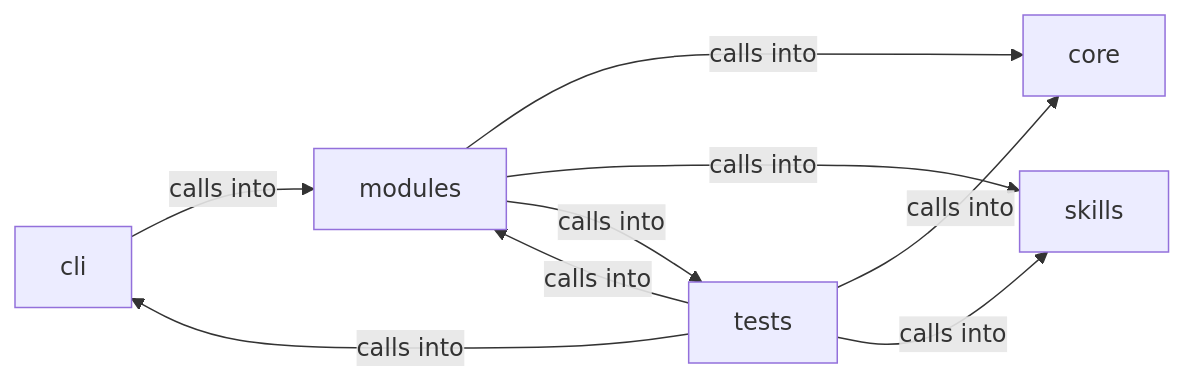
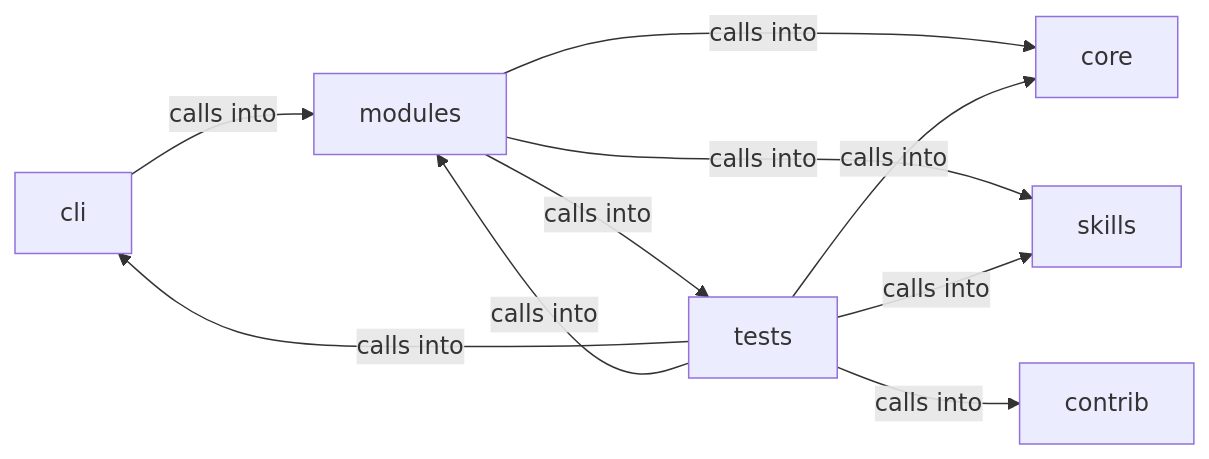
The diagram in readmenator-diagrams/modules_lazyown_facts.md (grisuno/LazyOwn), drawn with Mermaid before and after one commit. The commit also changed other lines of this file and 257 other files, not shown here.

````diff
--- a/readmenator-diagrams/modules_lazyown_facts.md
+++ b/readmenator-diagrams/modules_lazyown_facts.md
@@ -5,16 +5,18 @@
 ```mermaid
 graph LR
     cli["cli"]
+    contrib["contrib"]
     core["core"]
     modules["modules"]
     skills["skills"]
     tests["tests"]
     cli -- "calls into" --> modules
     modules -- "calls into" --> core
     modules -- "calls into" --> skills
     modules -- "calls into" --> tests
     tests -- "calls into" --> cli
+    tests -- "calls into" --> contrib
     tests -- "calls into" --> core
     tests -- "calls into" --> modules
     tests -- "calls into" --> skills
 ```
````
